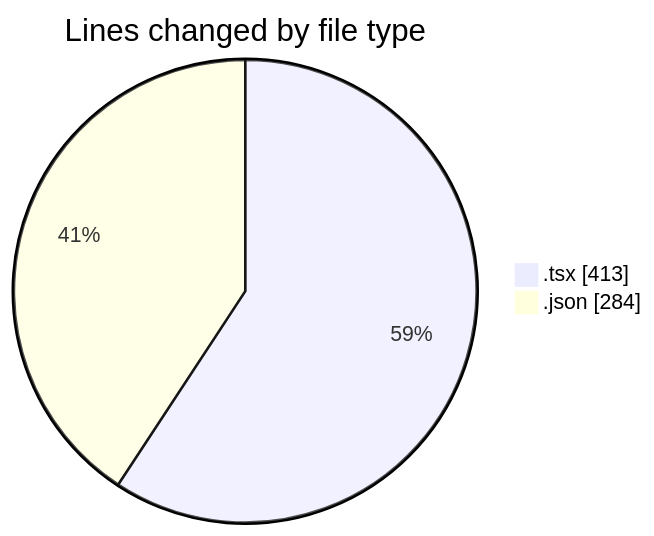
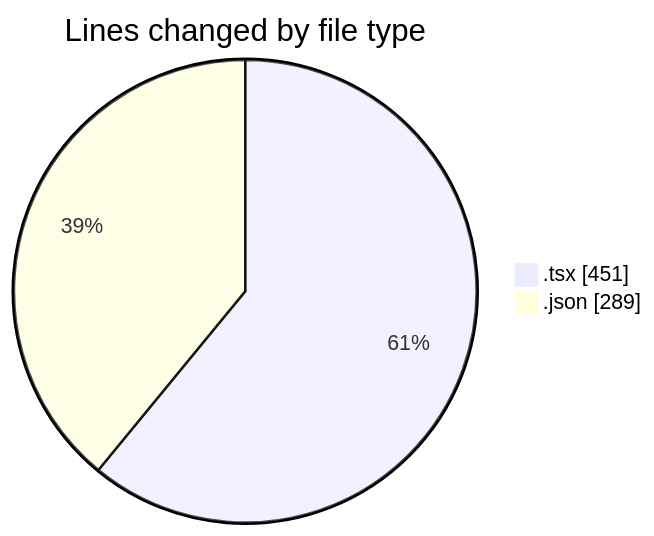
One commit to Elitesun/code-tracking changed the first of 2 diagrams in 2025-05-04/niten/README.md. Above: the diagram before and after it, drawn with Mermaid. The commit also changed other lines of this file and 1 other file, not shown here.

````diff
--- a/2025-05-04/niten/README.md
+++ b/2025-05-04/niten/README.md
@@ -30,6 +32,6 @@
 ```mermaid
 pie showData
 title Lines changed by file type
-".tsx" : 413
-".json" : 284
+".tsx" : 451
+".json" : 289
 ```
````
